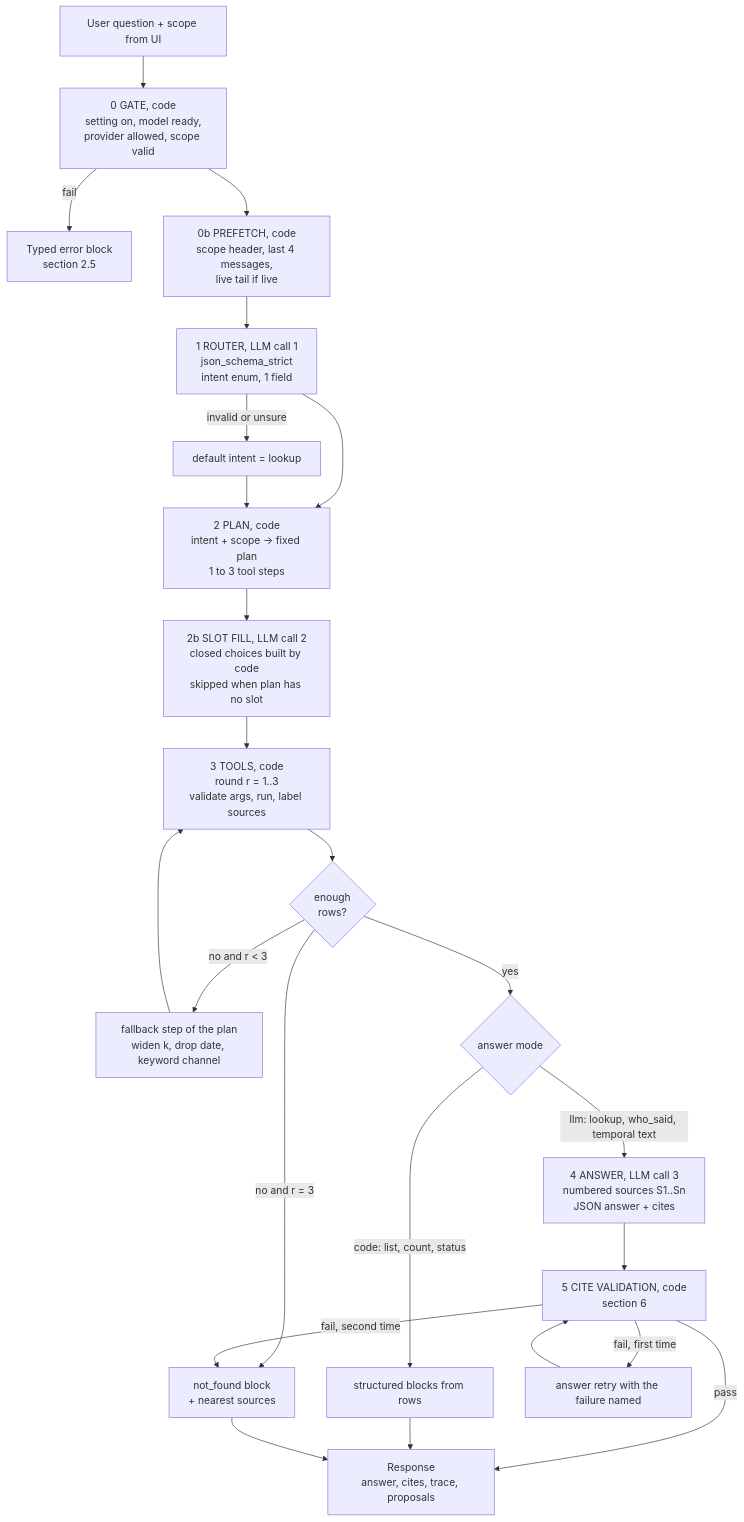
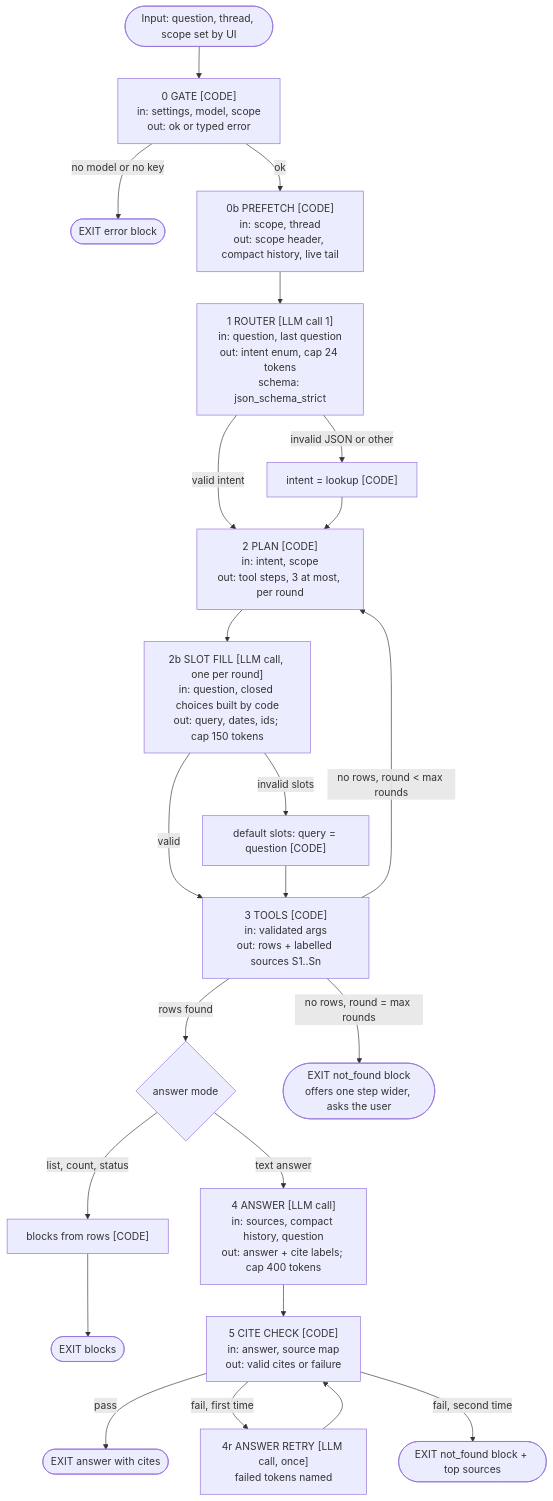
The first of 6 diagrams in specs/meeting-chat-agent.md (Maheidem/openstyle), drawn with Mermaid before and after one commit. The commit also changed other lines of this file and 1 other file, not shown here.

First line of the commit message:
docs(spec): owner review decisions D6-D18, diagram conventions

````diff
--- a/specs/meeting-chat-agent.md
+++ b/specs/meeting-chat-agent.md
@@ -114,26 +121,26 @@
 ```mermaid
 flowchart TD
-  Q["User question + scope from UI"] --> G0["0 GATE, code<br/>setting on, model ready,<br/>provider allowed, scope valid"]
-  G0 -->|fail| ERR["Typed error block<br/>section 2.5"]
-  G0 --> PRE["0b PREFETCH, code<br/>scope header, last 4 messages,<br/>live tail if live"]
-  PRE --> RT["1 ROUTER, LLM call 1<br/>json_schema_strict<br/>intent enum, 1 field"]
-  RT -->|"invalid or unsure"| DEF["default intent = lookup"]
-  RT --> PL["2 PLAN, code<br/>intent + scope -> fixed plan<br/>1 to 3 tool steps"]
-  DEF --> PL
-  PL --> SL["2b SLOT FILL, LLM call 2<br/>closed choices built by code<br/>skipped when plan has no slot"]
-  SL --> TL["3 TOOLS, code<br/>round r = 1..3<br/>validate args, run, label sources"]
-  TL --> SUF{"enough<br/>rows?"}
-  SUF -->|"no and r < 3"| FB["fallback step of the plan<br/>widen k, drop date, keyword channel"]
-  FB --> TL
-  SUF -->|"no and r = 3"| NF["not_found block<br/>+ nearest sources"]
-  SUF -->|yes| MODE{"answer mode"}
-  MODE -->|"code: list, count, status"| BL["structured blocks from rows"]
-  MODE -->|"llm: lookup, who_said, temporal text"| AN["4 ANSWER, LLM call 3<br/>numbered sources S1..Sn<br/>JSON answer + cites"]
-  AN --> CV["5 CITE VALIDATION, code<br/>section 6"]
-  CV -->|pass| OUT["Response<br/>answer, cites, trace, proposals"]
-  CV -->|"fail, first time"| AN2["answer retry with the failure named"]
-  AN2 --> CV
-  CV -->|"fail, second time"| NF
-  BL --> OUT
-  NF --> OUT
+  IN(["Input: question, thread, scope set by UI"]) --> S0
+  S0["0 GATE [CODE]<br/>in: settings, model, scope<br/>out: ok or typed error"]
+  S0 -->|"no model or no key"| X1(["EXIT error block"])
+  S0 -->|ok| S0B["0b PREFETCH [CODE]<br/>in: scope, thread<br/>out: scope header, compact history, live tail"]
+  S0B --> S1["1 ROUTER [LLM call 1]<br/>in: question, last question<br/>out: intent enum, cap 24 tokens<br/>schema: json_schema_strict"]
+  S1 -->|"invalid JSON or other"| S1D["intent = lookup [CODE]"]
+  S1 -->|"valid intent"| S2
+  S1D --> S2["2 PLAN [CODE]<br/>in: intent, scope<br/>out: tool steps, 3 at most, per round"]
+  S2 --> S2B["2b SLOT FILL [LLM call, one per round]<br/>in: question, closed choices built by code<br/>out: query, dates, ids; cap 150 tokens"]
+  S2B -->|"invalid slots"| S2D["default slots: query = question [CODE]"]
+  S2B -->|valid| S3
+  S2D --> S3["3 TOOLS [CODE]<br/>in: validated args<br/>out: rows + labelled sources S1..Sn"]
+  S3 -->|"rows found"| MODE{"answer mode"}
+  S3 -->|"no rows, round < max rounds"| S2
+  S3 -->|"no rows, round = max rounds"| X2(["EXIT not_found block<br/>offers one step wider, asks the user"])
+  MODE -->|"list, count, status"| BL["blocks from rows [CODE]"]
+  BL --> X3(["EXIT blocks"])
+  MODE -->|"text answer"| S4["4 ANSWER [LLM call]<br/>in: sources, compact history, question<br/>out: answer + cite labels; cap 400 tokens"]
+  S4 --> S5["5 CITE CHECK [CODE]<br/>in: answer, source map<br/>out: valid cites or failure"]
+  S5 -->|pass| X4(["EXIT answer with cites"])
+  S5 -->|"fail, first time"| S4R["4r ANSWER RETRY [LLM call, once]<br/>failed tokens named"]
+  S4R --> S5
+  S5 -->|"fail, second time"| X5(["EXIT not_found block + top sources"])
 ```
````
